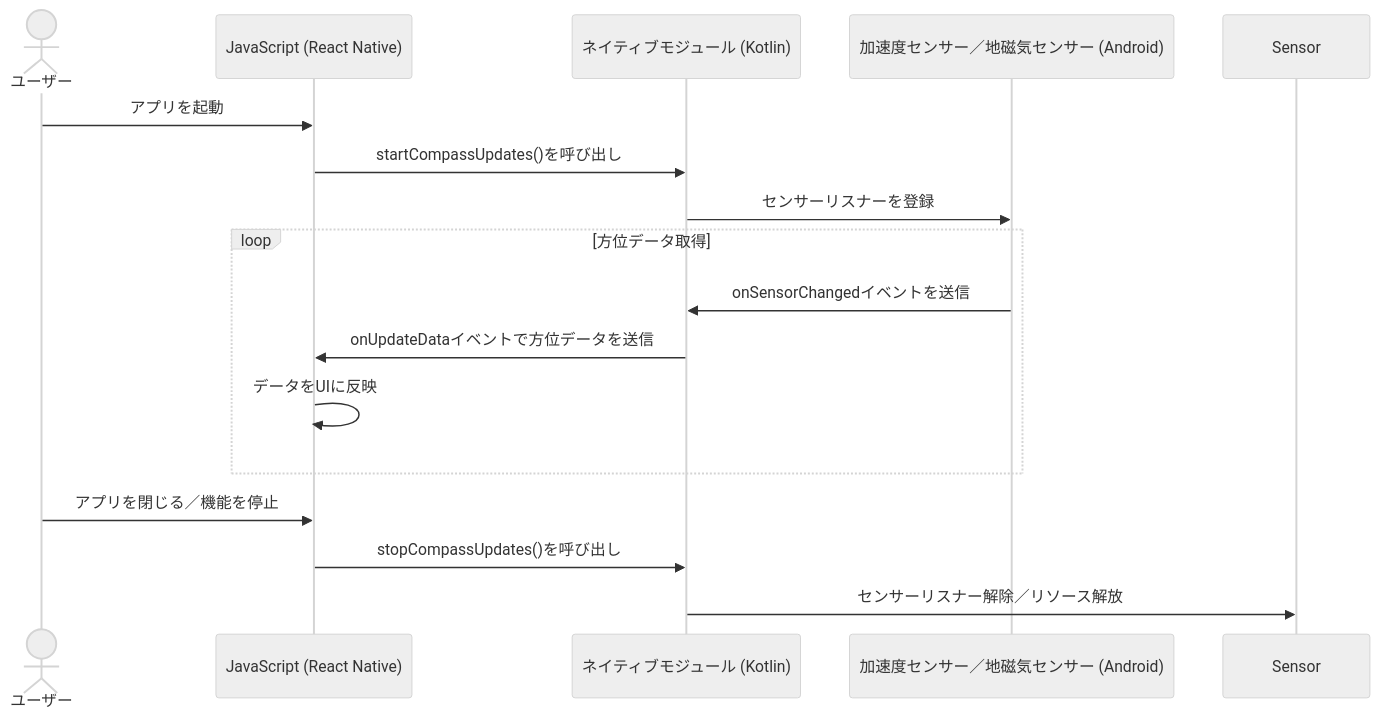
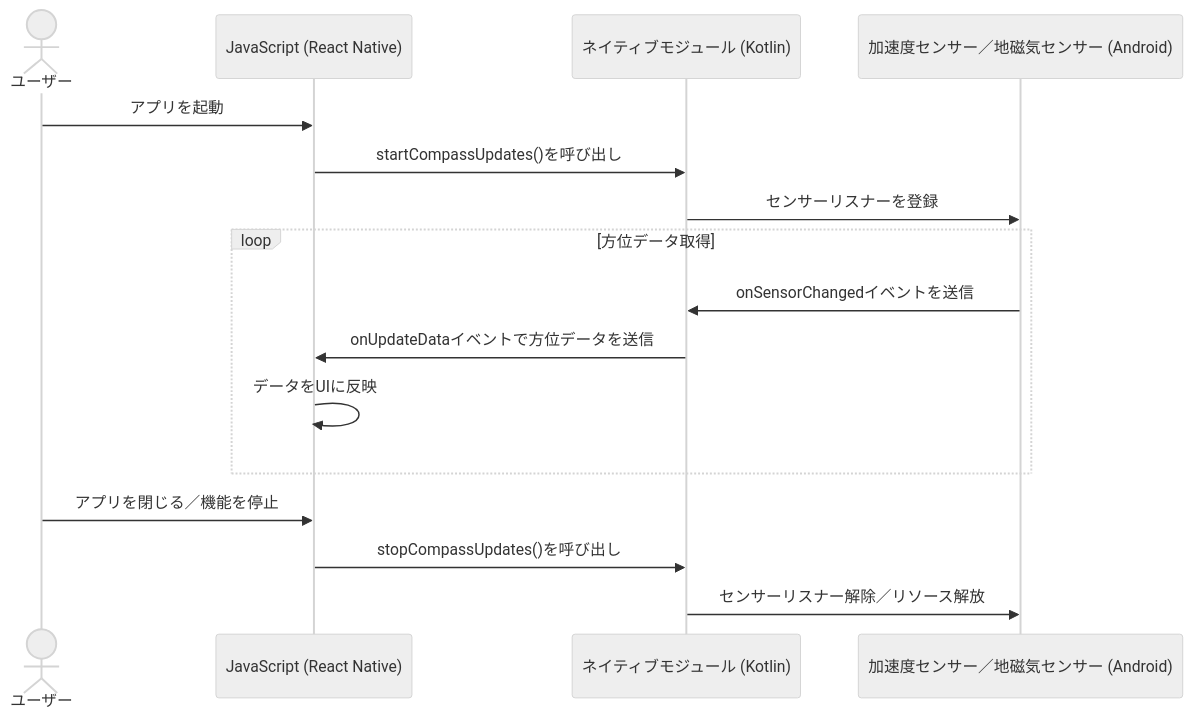
One commit to kentem-to-takada/SampleWithKotlin changed the first of 2 diagrams in README.md. Above: the diagram before and after it, drawn with Mermaid (neutral theme).

Commit message:
シーケンス図修正

````diff
--- a/README.md
+++ b/README.md
@@ -15,21 +15,21 @@
 ```mermaid
 sequenceDiagram
     actor User as ユーザー
     participant JS as JavaScript (React Native)
     participant Native as ネイティブモジュール (Kotlin)
     participant Sensors as 加速度センサー／地磁気センサー (Android)
 
     User ->> JS: アプリを起動
     JS ->> Native: startCompassUpdates()を呼び出し
     Native ->> Sensors: センサーリスナーを登録
 
     loop 方位データ取得
         Sensors ->> Native: onSensorChangedイベントを送信
         Native ->> JS: onUpdateDataイベントで方位データを送信
         JS ->> JS: データをUIに反映
     end
 
     User ->> JS: アプリを閉じる／機能を停止
     JS ->> Native: stopCompassUpdates()を呼び出し
-    Native ->> Sensor: センサーリスナー解除／リソース解放
+    Native ->> Sensors: センサーリスナー解除／リソース解放
 ```
````
